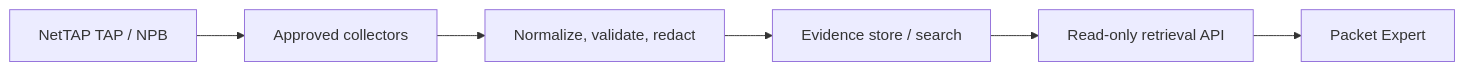
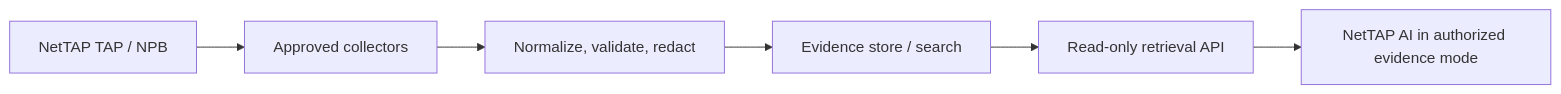
One commit to mpdwyer2367/nettap-packet-expert changed the diagram in docs/PRODUCT_ROADMAP.md. Above: the diagram before and after it, drawn with Mermaid. The commit also changed other lines of this file and 48 other files, not shown here.

Commit message:
Unify NetTAP capabilities in one model

````diff
--- a/docs/PRODUCT_ROADMAP.md
+++ b/docs/PRODUCT_ROADMAP.md
@@ -53,8 +53,8 @@
 ```mermaid
 flowchart LR
     N["NetTAP TAP / NPB"] --> C["Approved collectors"]
     C --> V["Normalize, validate, redact"]
     V --> S["Evidence store / search"]
     S --> A["Read-only retrieval API"]
-    A --> P["Packet Expert"]
+    A --> P["NetTAP AI in authorized evidence mode"]
 ```
````
